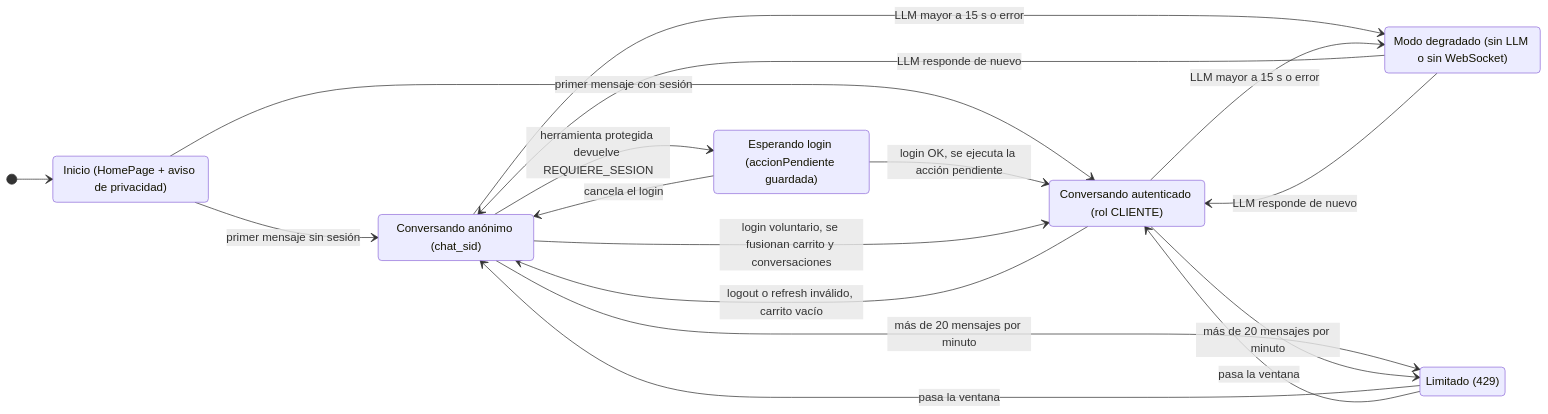
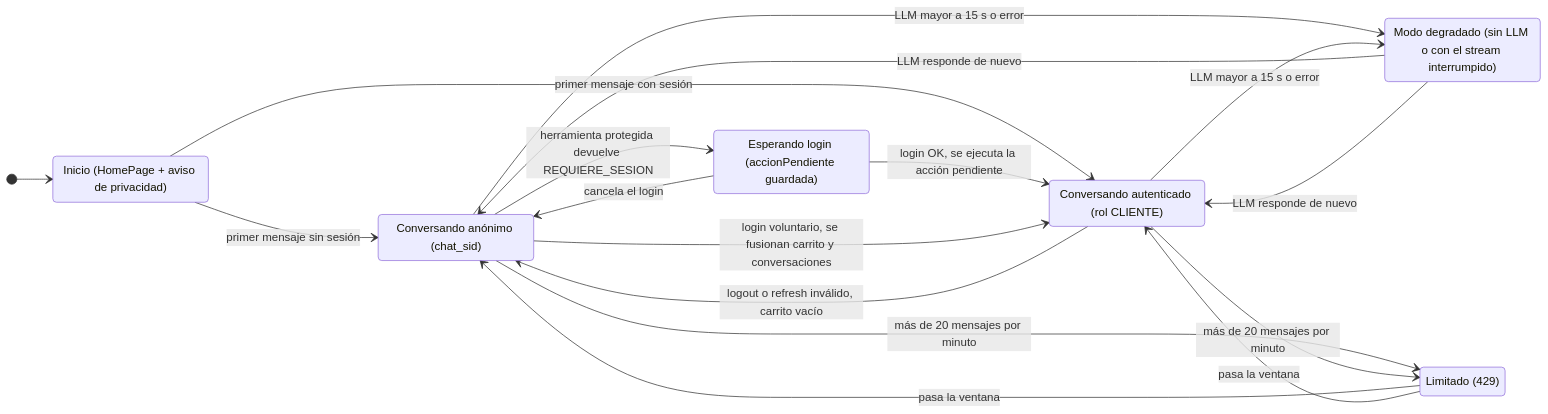
One commit to Taller-SW-Web/G3-Chatbot-specs changed the first of 6 diagrams in docs/conversacion/flujos-conversacion.md. Above: the diagram before and after it, drawn with Mermaid. The commit also changed other lines of this file and 23 other files, not shown here.

First line of the commit message:
docs(adr): replace WebSocket streaming with SSE on POST (ADR-0021)

````diff
--- a/docs/conversacion/flujos-conversacion.md
+++ b/docs/conversacion/flujos-conversacion.md
@@ -11,27 +11,27 @@
 ```mermaid
 stateDiagram-v2
     direction LR
     state "Inicio (HomePage + aviso de privacidad)" as Inicio
     state "Conversando anónimo (chat_sid)" as Anonimo
     state "Conversando autenticado (rol CLIENTE)" as Autenticado
     state "Esperando login (accionPendiente guardada)" as EsperaLogin
-    state "Modo degradado (sin LLM o sin WebSocket)" as Degradado
+    state "Modo degradado (sin LLM o con el stream interrumpido)" as Degradado
     state "Limitado (429)" as Limitado
 
     [*] --> Inicio
     Inicio --> Anonimo: primer mensaje sin sesión
     Inicio --> Autenticado: primer mensaje con sesión
     Anonimo --> EsperaLogin: herramienta protegida devuelve REQUIERE_SESION
     EsperaLogin --> Autenticado: login OK, se ejecuta la acción pendiente
     EsperaLogin --> Anonimo: cancela el login
     Anonimo --> Autenticado: login voluntario, se fusionan carrito y conversaciones
     Autenticado --> Anonimo: logout o refresh inválido, carrito vacío
     Anonimo --> Degradado: LLM mayor a 15 s o error
     Autenticado --> Degradado: LLM mayor a 15 s o error
     Degradado --> Anonimo: LLM responde de nuevo
     Degradado --> Autenticado: LLM responde de nuevo
     Anonimo --> Limitado: más de 20 mensajes por minuto
     Autenticado --> Limitado: más de 20 mensajes por minuto
     Limitado --> Anonimo: pasa la ventana
     Limitado --> Autenticado: pasa la ventana
 ```
````
